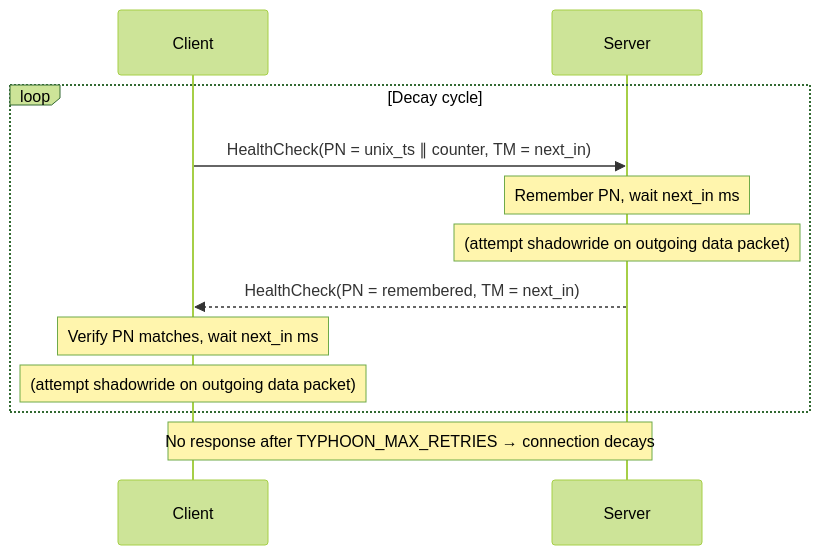
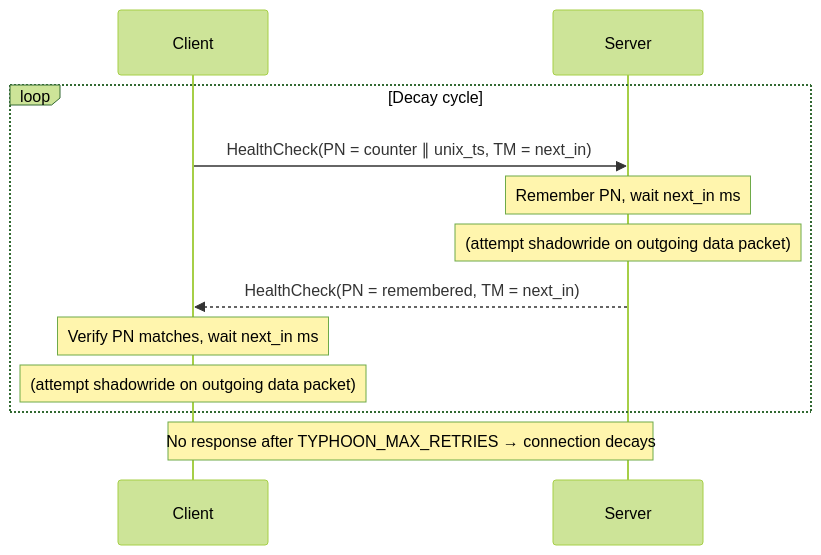
Before and after one commit to pseusys/TYPHOON: the sixth of 13 diagrams in PROTOCOL.md, drawn with Mermaid (forest theme). The commit also changed other lines of this file and 54 other files, not shown here.

````diff
--- a/PROTOCOL.md
+++ b/PROTOCOL.md
@@ -331,15 +334,15 @@
 ```mermaid
 sequenceDiagram
     participant C as Client
     participant S as Server
 
     loop Decay cycle
-        C->>S: HealthCheck(PN = unix_ts ∥ counter, TM = next_in)
+        C->>S: HealthCheck(PN = counter ∥ unix_ts, TM = next_in)
         Note over S: Remember PN, wait next_in ms
         Note over S: (attempt shadowride on outgoing data packet)
         S-->>C: HealthCheck(PN = remembered, TM = next_in)
         Note over C: Verify PN matches, wait next_in ms
         Note over C: (attempt shadowride on outgoing data packet)
     end
     Note over C,S: No response after TYPHOON_MAX_RETRIES → connection decays
 ```
````
